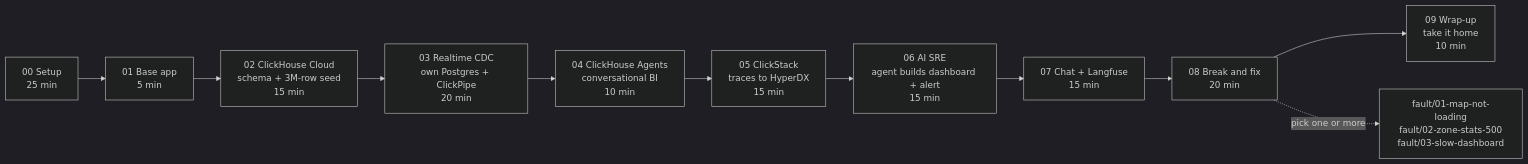
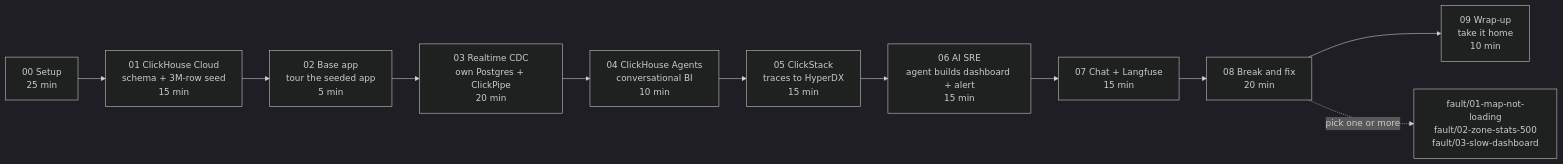
The second of 4 diagrams in workshops/build_workshop/README.md (ClickHouse/ClickHouse_Demos), drawn with Mermaid (dark theme) before and after one commit. The commit also changed other lines of this file and 19 other files, not shown here.

First line of the commit message:
workshop: swap modules 01 and 02 (ClickHouse Cloud now precedes the app tour)

````diff
--- a/workshops/build_workshop/README.md
+++ b/workshops/build_workshop/README.md
@@ -68,13 +68,13 @@
 ```mermaid
 flowchart LR
-  M00["00 Setup<br/>25 min"] --> M01["01 Base app<br/>5 min"]
-  M01 --> M02["02 ClickHouse Cloud<br/>schema + 3M-row seed<br/>15 min"]
+  M00["00 Setup<br/>25 min"] --> M01["01 ClickHouse Cloud<br/>schema + 3M-row seed<br/>15 min"]
+  M01 --> M02["02 Base app<br/>tour the seeded app<br/>5 min"]
   M02 --> M03["03 Realtime CDC<br/>own Postgres + ClickPipe<br/>20 min"]
   M03 --> M04["04 ClickHouse Agents<br/>conversational BI<br/>10 min"]
   M04 --> M05["05 ClickStack<br/>traces to HyperDX<br/>15 min"]
   M05 --> M06["06 AI SRE<br/>agent builds dashboard + alert<br/>15 min"]
   M06 --> M07["07 Chat + Langfuse<br/>15 min"]
   M07 --> M08["08 Break and fix<br/>20 min"]
   M08 --> M09["09 Wrap-up<br/>take it home<br/>10 min"]
   M08 -.->|pick one or more| F["fault/01-map-not-loading<br/>fault/02-zone-stats-500<br/>fault/03-slow-dashboard"]
 ```
````
